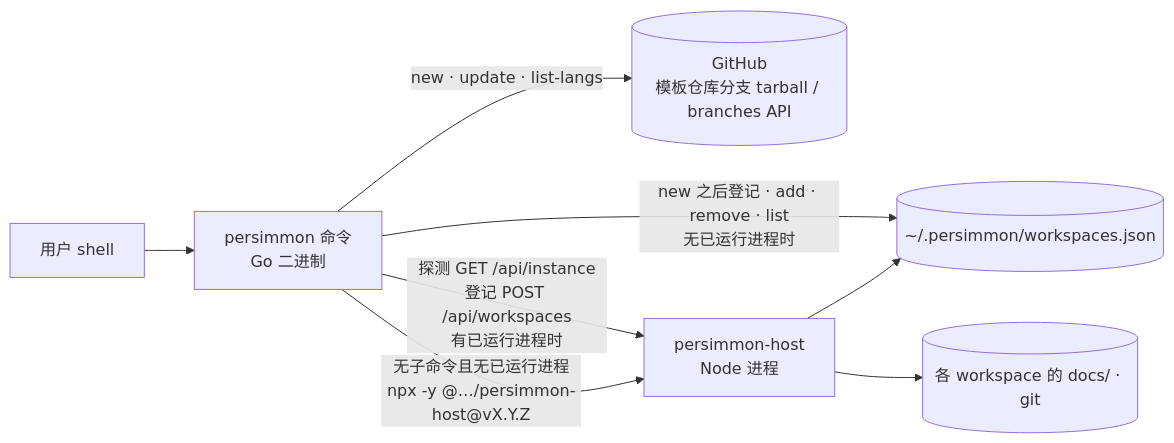
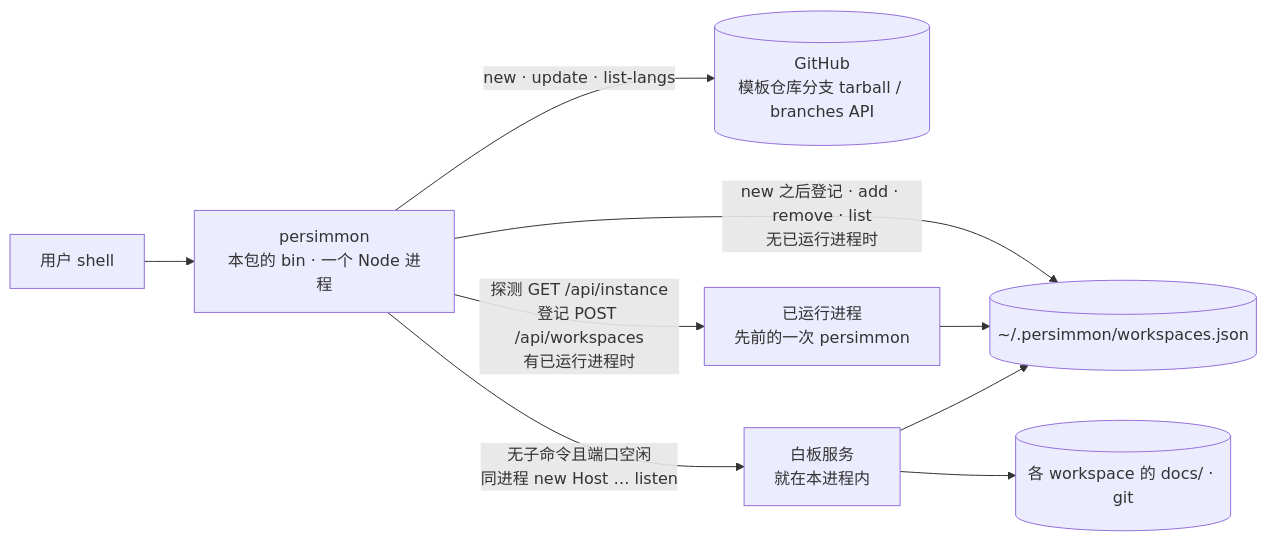
Before and after one commit to ryan-alexander-zhang/persimmon: the first of 3 diagrams in docs/design/design-00004-persimmon-cli.md, drawn with Mermaid. The commit also changed other lines of this file and 16 other files, not shown here.

````diff
--- a/docs/design/design-00004-persimmon-cli.md
+++ b/docs/design/design-00004-persimmon-cli.md
@@ -16,10 +33,11 @@
 ```mermaid
 flowchart LR
-  U[用户 shell] --> CMD[persimmon 命令<br/>Go 二进制]
+  U[用户 shell] --> CMD[persimmon<br/>本包的 bin · 一个 Node 进程]
   CMD -->|new · update · list-langs| GH[(GitHub<br/>模板仓库分支 tarball / branches API)]
   CMD -->|new 之后登记 · add · remove · list<br/>无已运行进程时| REG[(~/.persimmon/workspaces.json)]
-  CMD -->|探测 GET /api/instance<br/>登记 POST /api/workspaces<br/>有已运行进程时| HOST[persimmon-host<br/>Node 进程]
-  CMD -->|无子命令且无已运行进程<br/>npx -y @…/persimmon-host@vX.Y.Z| HOST
+  CMD -->|探测 GET /api/instance<br/>登记 POST /api/workspaces<br/>有已运行进程时| RUN[已运行进程<br/>先前的一次 persimmon]
+  CMD -->|无子命令且端口空闲<br/>同进程 new Host … listen| HOST[白板服务<br/>就在本进程内]
   HOST --> REG
   HOST --> WS[(各 workspace 的 docs/ · git)]
+  RUN --> REG
 ```
````
